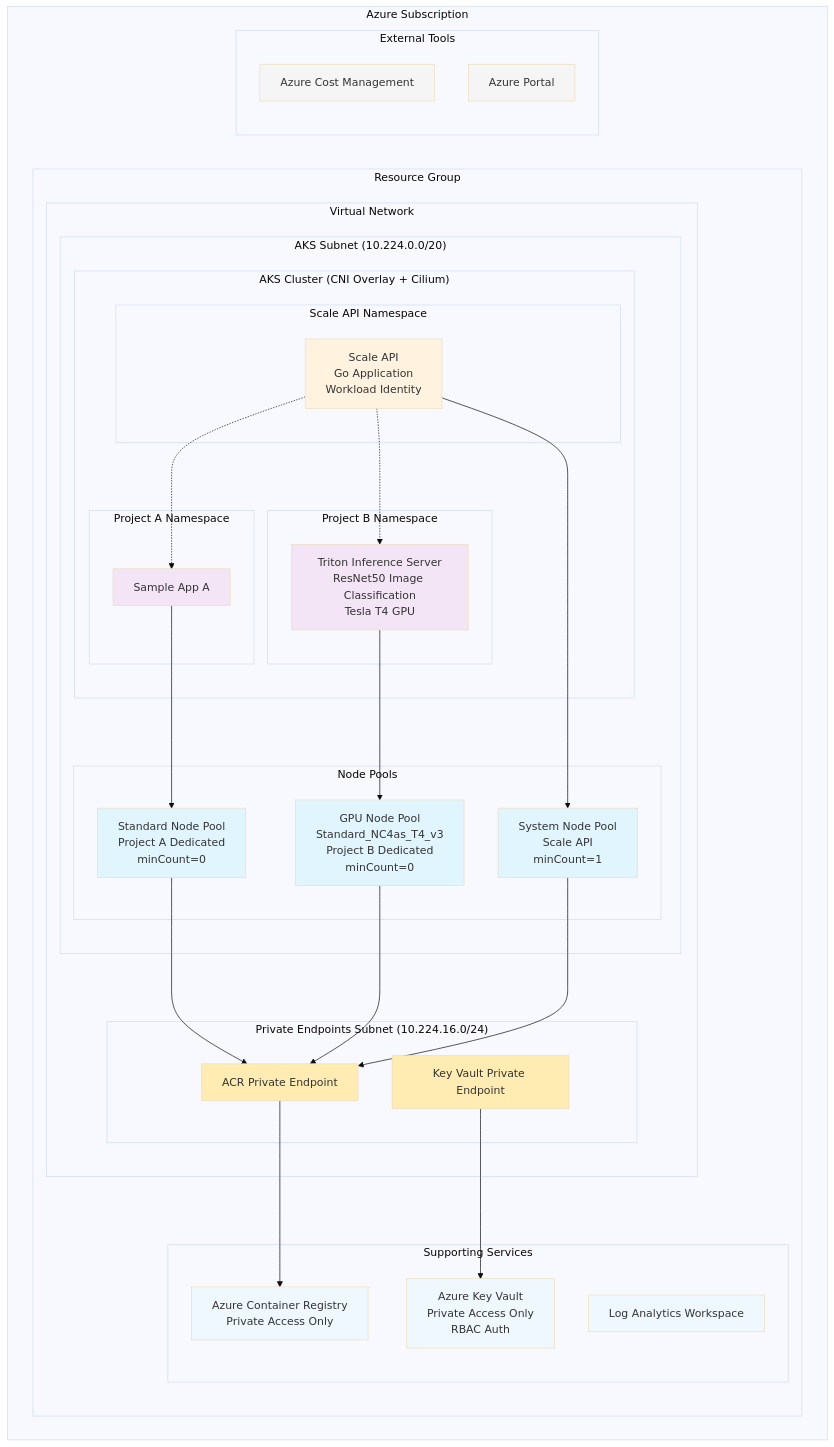
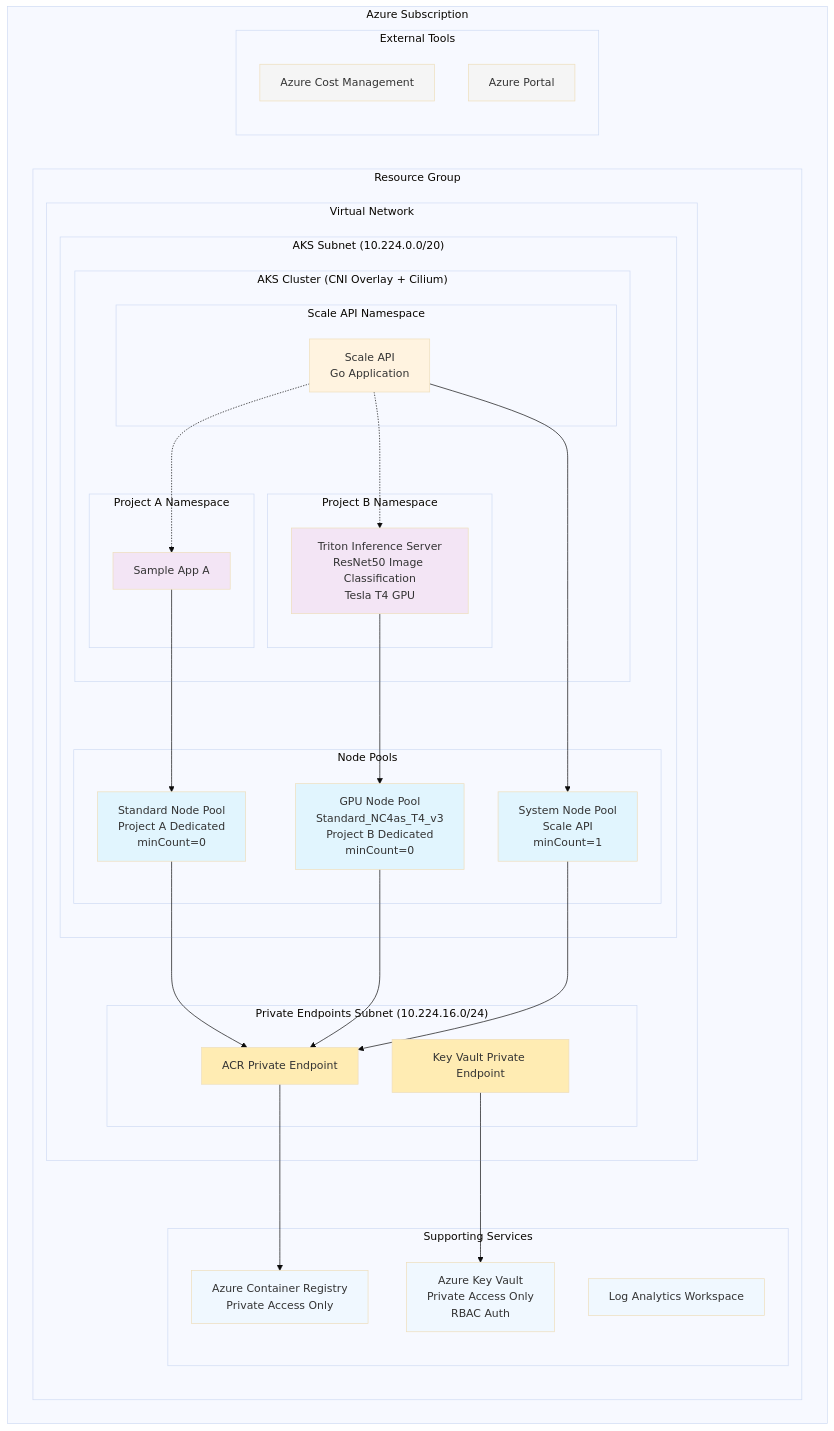
One commit to torumakabe/aks-scale-to-zero changed the diagram in docs/spec.md. Above: the diagram before and after it, drawn with Mermaid (base theme). The commit also changed 2 other files, not shown here.

````diff
--- a/docs/spec.md
+++ b/docs/spec.md
@@ -30,73 +30,73 @@
 ```mermaid
 graph TB
     subgraph "Azure Subscription"
         subgraph "Resource Group"
             subgraph "Virtual Network"
                 subgraph "AKS Subnet (10.224.0.0/20)"
                     subgraph "AKS Cluster (CNI Overlay + Cilium)"
                         subgraph "Project A Namespace"
                             A1[Sample App A]
                         end
                         subgraph "Project B Namespace"
                             B1[Triton Inference Server<br/>ResNet50 Image Classification<br/>Tesla T4 GPU]
                         end
                         subgraph "Scale API Namespace"
-                            API[Scale API<br/>Go Application<br/>Workload Identity]
+                            API[Scale API<br/>Go Application]
                         end
                     end
                     
                     subgraph "Node Pools"
                         NP1[Standard Node Pool<br/>Project A Dedicated<br/>minCount=0]
                         NP2[GPU Node Pool<br/>Standard_NC4as_T4_v3<br/>Project B Dedicated<br/>minCount=0]
                         NP3[System Node Pool<br/>Scale API<br/>minCount=1]
                     end
                 end
                 
                 subgraph "Private Endpoints Subnet (10.224.16.0/24)"
                     PE1[ACR Private Endpoint]
                     PE2[Key Vault Private Endpoint]
                 end
             end
             
             subgraph "Supporting Services"
                 ACR[Azure Container Registry<br/>Private Access Only]
                 LOG[Log Analytics Workspace]
                 KV[Azure Key Vault<br/>Private Access Only<br/>RBAC Auth]
             end
         end
         
         subgraph "External Tools"
             AZURE_COST[Azure Cost Management]
             AZURE_PORTAL[Azure Portal]
         end
     end
     
     A1 --> NP1
     B1 --> NP2
     API --> NP3
     
     API -.-> A1
     API -.-> B1
     
     NP1 --> PE1
     NP2 --> PE1
     NP3 --> PE1
     
     PE1 --> ACR
     PE2 --> KV
     
     classDef nodePool fill:#e1f5fe
     classDef app fill:#f3e5f5
     classDef api fill:#fff3e0
     classDef infrastructure fill:#f0f8ff
     classDef external fill:#f5f5f5
     classDef network fill:#e8f5e9
     classDef privateEndpoint fill:#ffecb3
     
     class NP1,NP2,NP3 nodePool
     class A1,B1 app
     class API api
     class ACR,LOG,KV infrastructure
     class AZURE_COST,AZURE_PORTAL external
     class PE1,PE2 privateEndpoint
 ```
````
